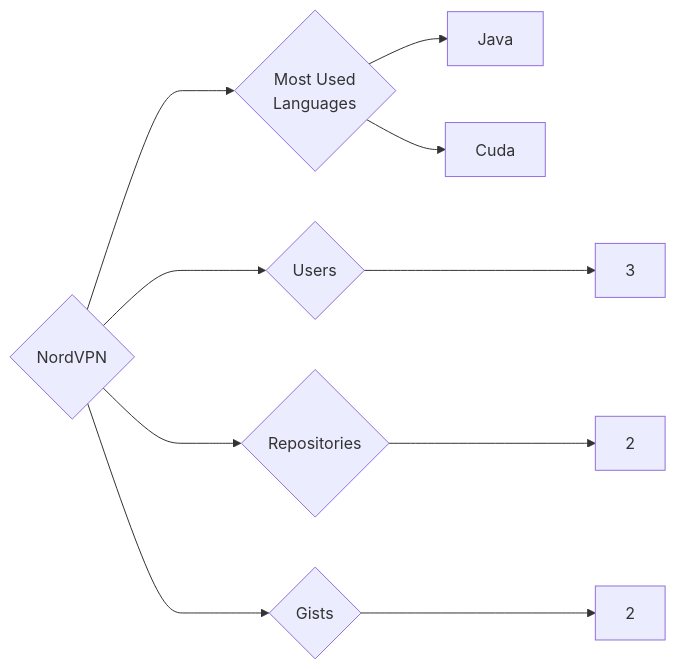
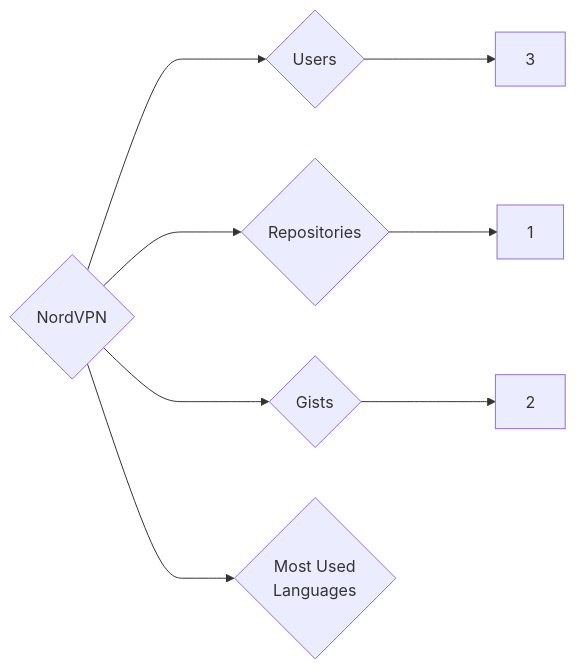
One commit to trickest/insiders changed the diagram in targets/NordVPN/README.md. Above: the diagram before and after it, drawn with Mermaid. The commit also changed 1479 other files, not shown here.

````diff
--- a/targets/NordVPN/README.md
+++ b/targets/NordVPN/README.md
@@ -3,10 +3,8 @@
 ```mermaid
 graph LR
 COMPANY_NAME{NordVPN}
 COMPANY_NAME ---> U{Users} ---> UN[3]
-COMPANY_NAME ---> R{Repositories} ---> RN[2]
+COMPANY_NAME ---> R{Repositories} ---> RN[1]
 COMPANY_NAME ---> G{Gists} ---> GN[2]
 COMPANY_NAME ---> ML{Most Used<br>Languages}
-ML --> Java[Java]
-ML --> Cuda[Cuda]
 ```
````
